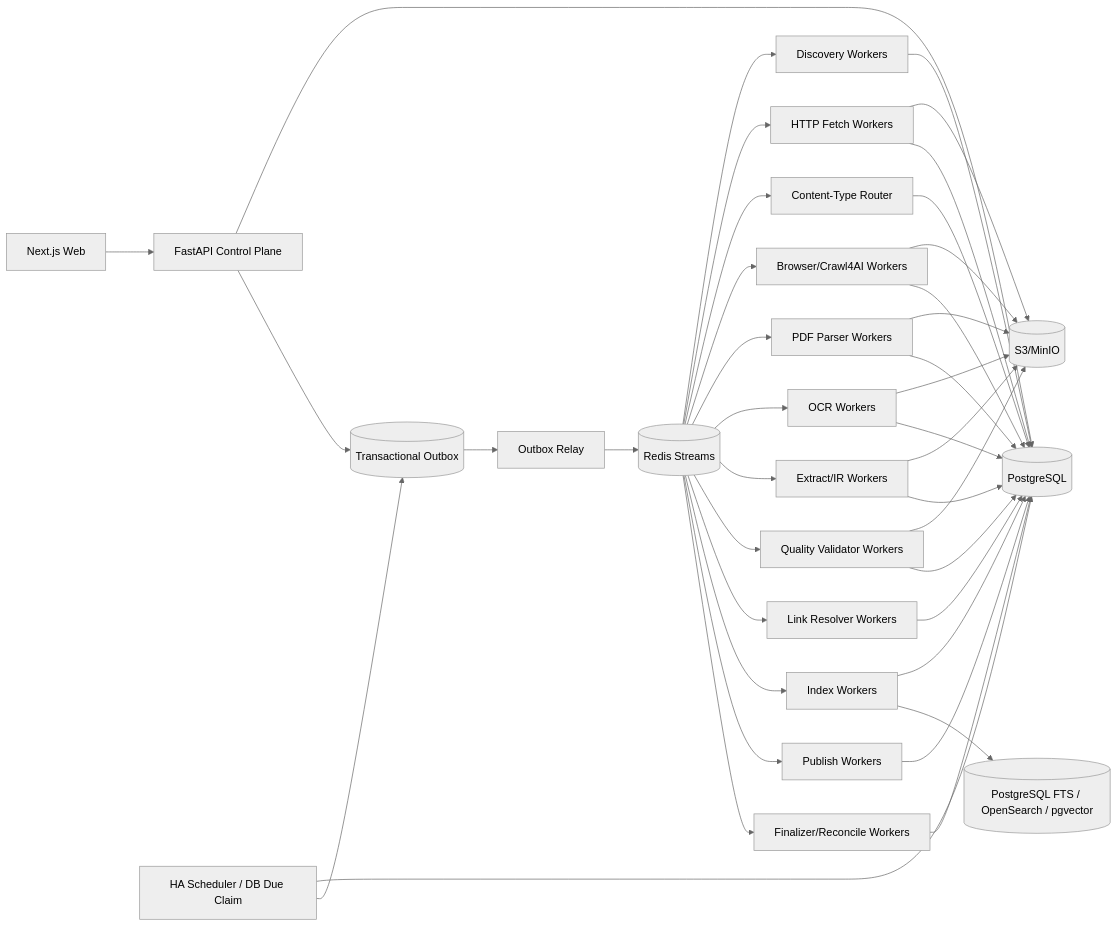
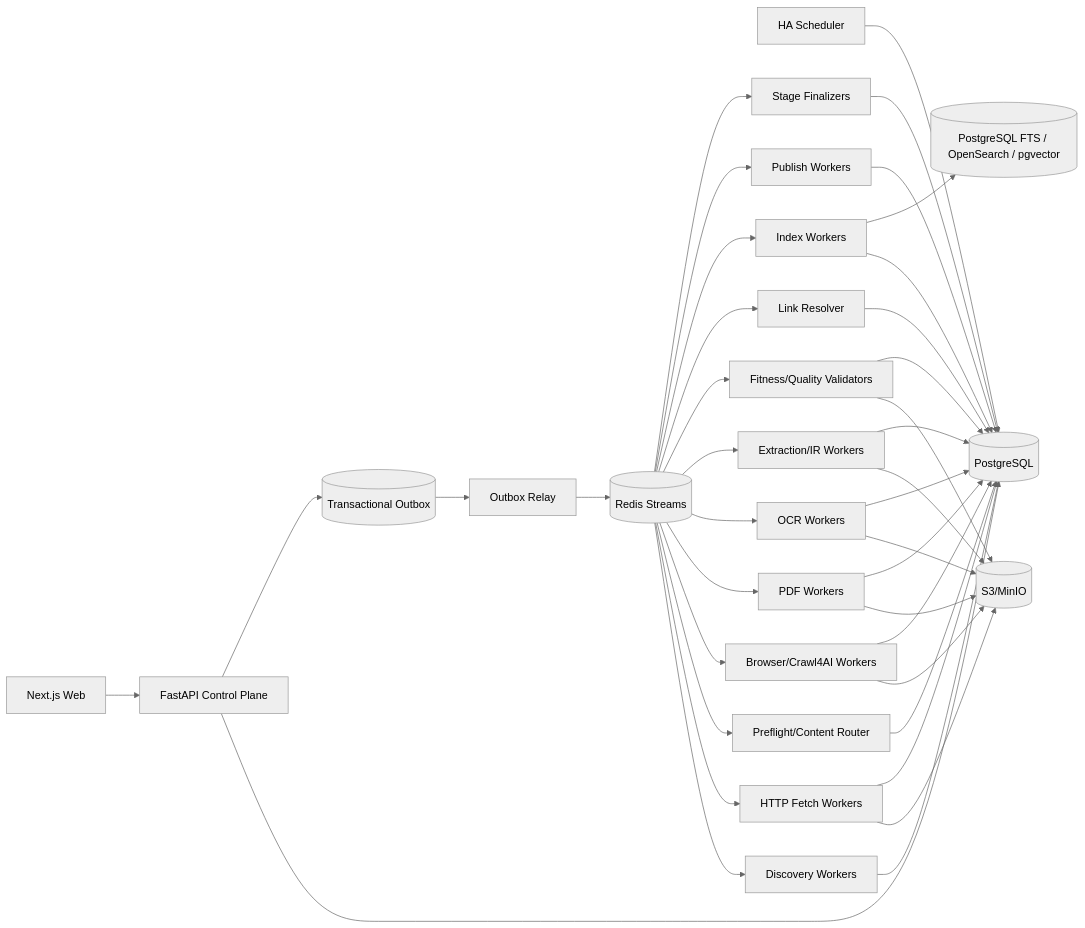
The diagram in 博客知识库技术方案.md (WorkerXu/my-doc), drawn with Mermaid (neutral theme) before and after one commit. The commit also changed other lines of this file, not shown here.

````diff
--- a/博客知识库技术方案.md
+++ b/博客知识库技术方案.md
@@ -47,46 +47,45 @@
 ```mermaid
 flowchart LR
     UI[Next.js Web] --> API[FastAPI Control Plane]
     API --> PG[(PostgreSQL)]
     API --> OUT[(Transactional Outbox)]
 
-    SCH[HA Scheduler / DB Due Claim] --> PG
-    SCH --> OUT
+    SCH[HA Scheduler] --> PG
     OUT --> RELAY[Outbox Relay]
     RELAY --> Q[(Redis Streams)]
 
     Q --> DW[Discovery Workers]
     Q --> HF[HTTP Fetch Workers]
-    Q --> RT[Content-Type Router]
+    Q --> RT[Preflight/Content Router]
     Q --> BW[Browser/Crawl4AI Workers]
-    Q --> PDF[PDF Parser Workers]
+    Q --> PDF[PDF Workers]
     Q --> OCR[OCR Workers]
-    Q --> EX[Extract/IR Workers]
-    Q --> QV[Quality Validator Workers]
-    Q --> LR[Link Resolver Workers]
+    Q --> EX[Extraction/IR Workers]
+    Q --> QV[Fitness/Quality Validators]
+    Q --> LR[Link Resolver]
     Q --> IX[Index Workers]
     Q --> PB[Publish Workers]
-    Q --> FIN[Finalizer/Reconcile Workers]
+    Q --> FIN[Stage Finalizers]
 
     HF --> OBJ[(S3/MinIO)]
     BW --> OBJ
     PDF --> OBJ
     OCR --> OBJ
     EX --> OBJ
     QV --> OBJ
 
     DW --> PG
     HF --> PG
     RT --> PG
     BW --> PG
     PDF --> PG
     OCR --> PG
     EX --> PG
     QV --> PG
     LR --> PG
     IX --> PG
     PB --> PG
     FIN --> PG
 
     IX --> SEARCH[(PostgreSQL FTS / OpenSearch / pgvector)]
 ```
````
